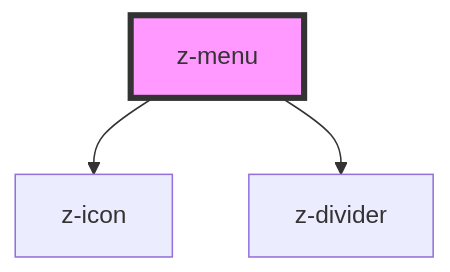
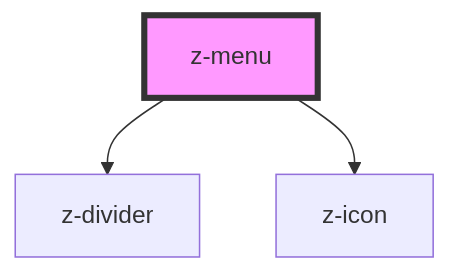
Before and after one commit to ZanichelliEditore/design-system: the diagram in src/components/z-menu/readme.md, drawn with Mermaid. The commit also changed other lines of this file and 2 other files, not shown here.

````diff
--- a/src/components/z-menu/readme.md
+++ b/src/components/z-menu/readme.md
@@ -42,6 +42,6 @@
 ```mermaid
 graph TD;
+  z-menu --> z-divider
   z-menu --> z-icon
-  z-menu --> z-divider
   style z-menu fill:#f9f,stroke:#333,stroke-width:4px
 ```
````
